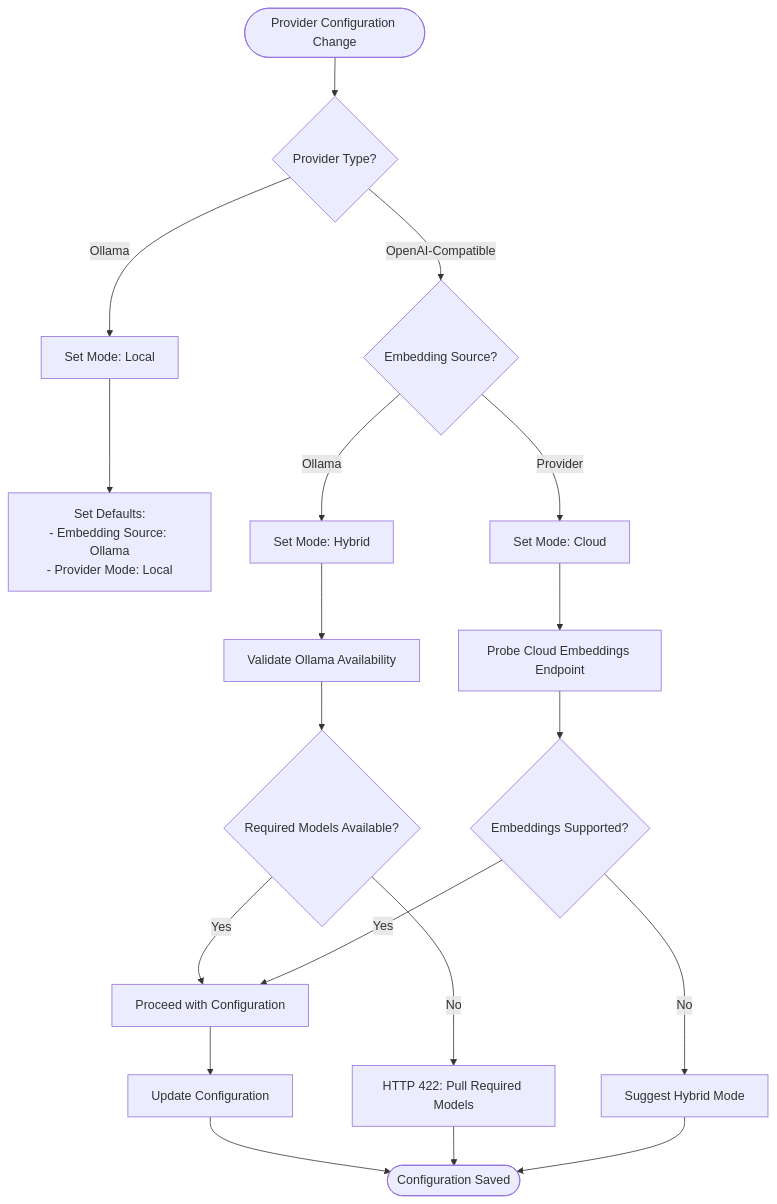
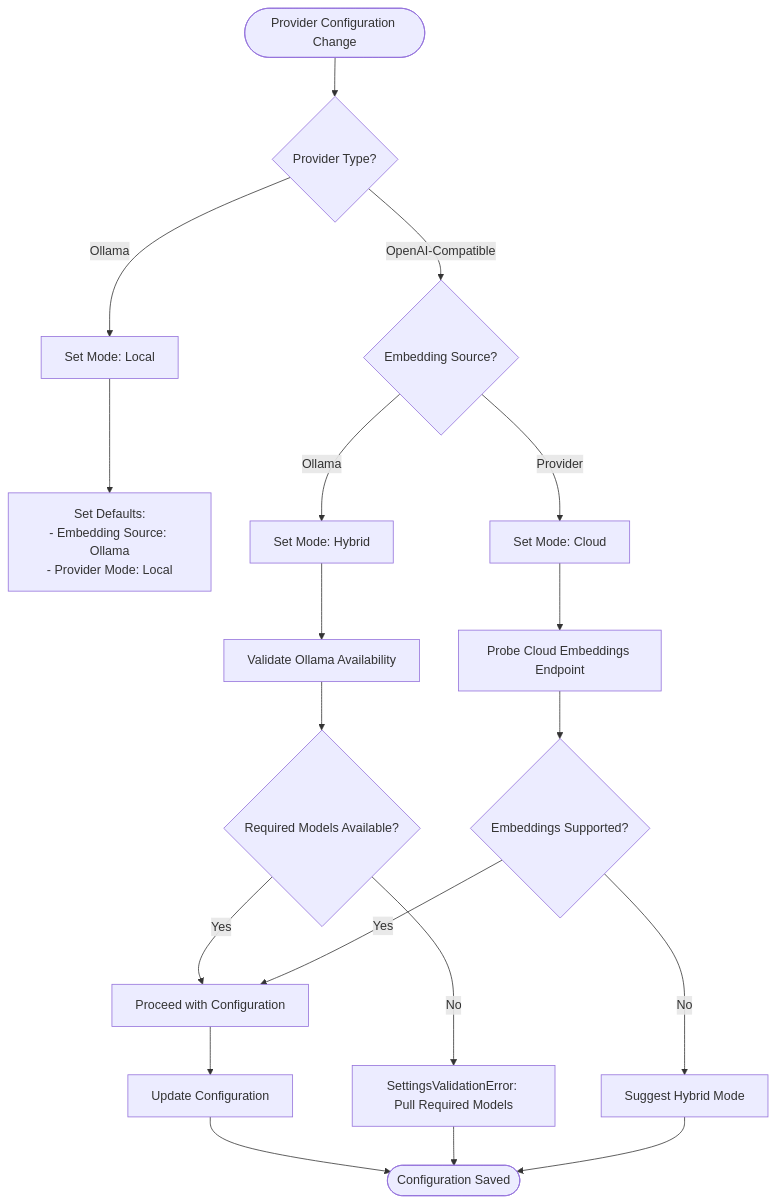
The third of 8 diagrams in .qoder/repowiki/en/content/Backend Development/Settings Management System.md (genes8/private-ai), drawn with Mermaid before and after one commit. The commit also changed other lines of this file and 55 other files, not shown here.

````diff
--- a/.qoder/repowiki/en/content/Backend Development/Settings Management System.md
+++ b/.qoder/repowiki/en/content/Backend Development/Settings Management System.md
@@ -170,21 +209,21 @@
 ```mermaid
 flowchart TD
 Start([Provider Configuration Change]) --> CheckType{"Provider Type?"}
 CheckType --> |Ollama| LocalMode["Set Mode: Local"]
 CheckType --> |OpenAI-Compatible| CheckEmbedding{"Embedding Source?"}
 LocalMode --> SetDefaults["Set Defaults:<br/>- Embedding Source: Ollama<br/>- Provider Mode: Local"]
 CheckEmbedding --> |Ollama| HybridMode["Set Mode: Hybrid"]
 CheckEmbedding --> |Provider| CloudMode["Set Mode: Cloud"]
 HybridMode --> ValidateOllama["Validate Ollama Availability"]
 ValidateOllama --> CheckModels{"Required Models Available?"}
 CheckModels --> |Yes| Proceed["Proceed with Configuration"]
-CheckModels --> |No| Error["HTTP 422: Pull Required Models"]
+CheckModels --> |No| Error["SettingsValidationError: Pull Required Models"]
 CloudMode --> ProbeEmbeddings["Probe Cloud Embeddings Endpoint"]
 ProbeEmbeddings --> EmbeddingsOK{"Embeddings Supported?"}
 EmbeddingsOK --> |Yes| Proceed
 EmbeddingsOK --> |No| HybridSuggestion["Suggest Hybrid Mode"]
 Proceed --> UpdateConfig["Update Configuration"]
 UpdateConfig --> End([Configuration Saved])
 Error --> End
 HybridSuggestion --> End
 ```
````
